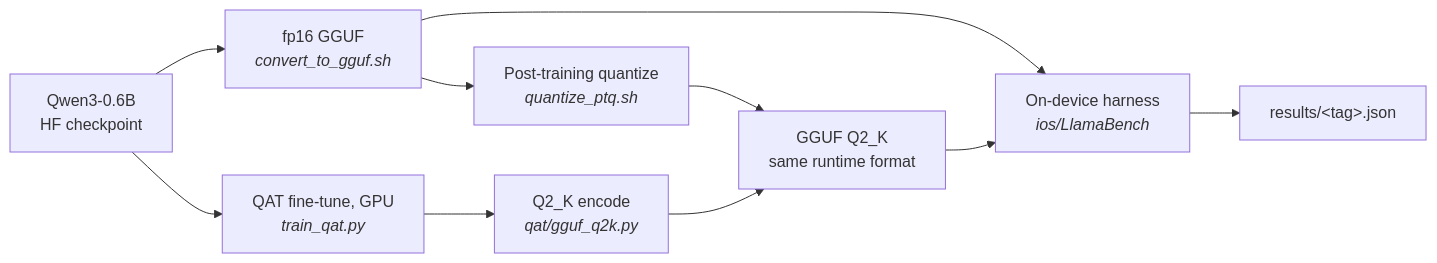
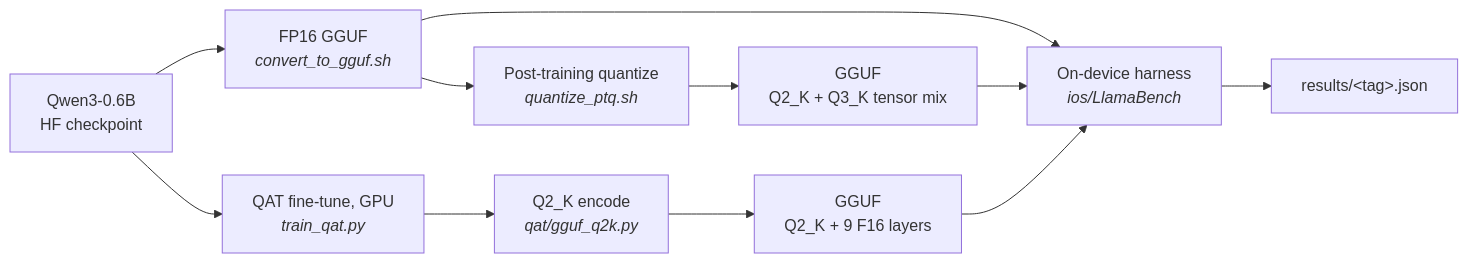
Before and after one commit to AMR5210/arm-create-mobileai: the diagram in README.md, drawn with Mermaid. The commit also changed other lines of this file and 2 other files, not shown here.

````diff
--- a/README.md
+++ b/README.md
@@ -130,12 +146,13 @@
 ```mermaid
 flowchart LR
-    HF["Qwen3-0.6B<br/>HF checkpoint"] --> FP16["fp16 GGUF<br/><i>convert_to_gguf.sh</i>"]
+    HF["Qwen3-0.6B<br/>HF checkpoint"] --> FP16["FP16 GGUF<br/><i>convert_to_gguf.sh</i>"]
     HF --> TRAIN["QAT fine-tune, GPU<br/><i>train_qat.py</i>"]
     FP16 --> PTQ["Post-training quantize<br/><i>quantize_ptq.sh</i>"]
     TRAIN --> ENC["Q2_K encode<br/><i>qat/gguf_q2k.py</i>"]
-    PTQ --> Q2K["GGUF Q2_K<br/>same runtime format"]
-    ENC --> Q2K
+    PTQ --> PTQ_GGUF["GGUF<br/>Q2_K + Q3_K tensor mix"]
+    ENC --> QAT_GGUF["GGUF<br/>Q2_K + 9 F16 layers"]
     FP16 --> BENCH["On-device harness<br/><i>ios/LlamaBench</i>"]
-    Q2K --> BENCH
+    PTQ_GGUF --> BENCH
+    QAT_GGUF --> BENCH
     BENCH --> RES["results/&lt;tag&gt;.json"]
 ```
````
